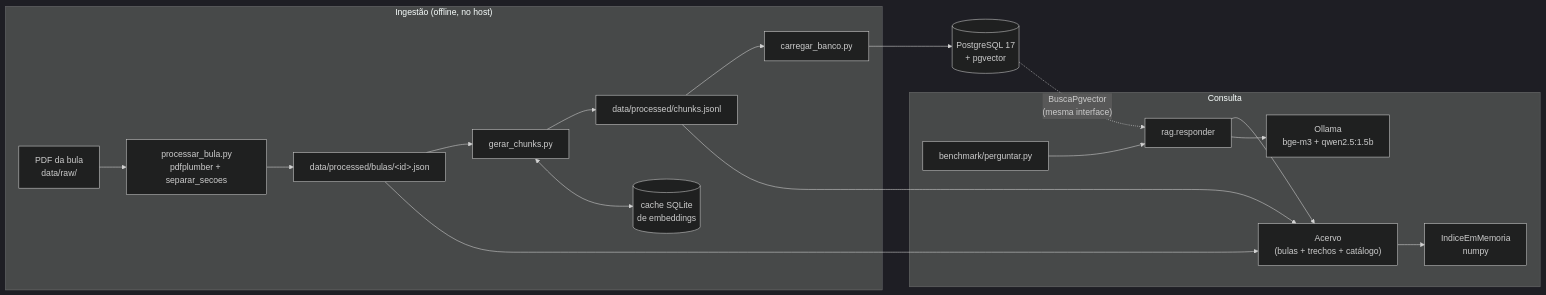
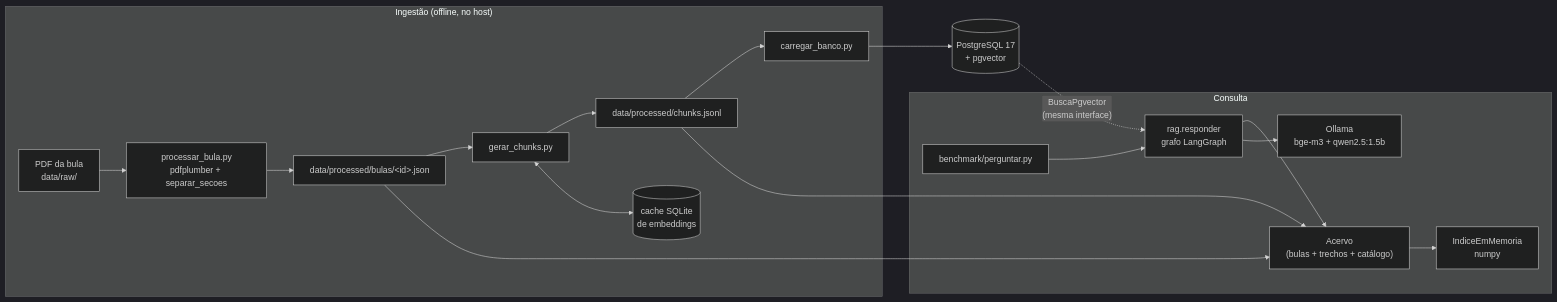
One commit to umdevaprendiz/farma-rag changed the first of 5 diagrams in README.md. Above: the diagram before and after it, drawn with Mermaid (dark theme). The commit also changed other lines of this file and 15 other files, not shown here.

````diff
--- a/README.md
+++ b/README.md
@@ -78,23 +79,23 @@
 ```mermaid
 flowchart LR
   subgraph ING["Ingestão (offline, no host)"]
     PDF["PDF da bula<br/>data/raw/"] --> PB["processar_bula.py<br/>pdfplumber + separar_secoes"]
     PB --> JSON["data/processed/bulas/&lt;id&gt;.json"]
     JSON --> GC["gerar_chunks.py"]
     GC --> JSONL["data/processed/chunks.jsonl"]
     GC <--> CACHE[("cache SQLite<br/>de embeddings")]
     JSONL --> CB["carregar_banco.py"]
   end
 
   subgraph RUN["Consulta"]
-    CLI["benchmark/perguntar.py"] --> RAG["rag.responder"]
+    CLI["benchmark/perguntar.py"] --> RAG["rag.responder<br/>grafo LangGraph"]
     RAG --> ACV["Acervo<br/>(bulas + trechos + catálogo)"]
     ACV --> MEM["IndiceEmMemoria<br/>numpy"]
     RAG --> OLL["Ollama<br/>bge-m3 + qwen2.5:1.5b"]
   end
 
   JSON --> ACV
   JSONL --> ACV
   CB --> PG[("PostgreSQL 17<br/>+ pgvector")]
   PG -. "BuscaPgvector<br/>(mesma interface)" .-> RAG
 ```
````
